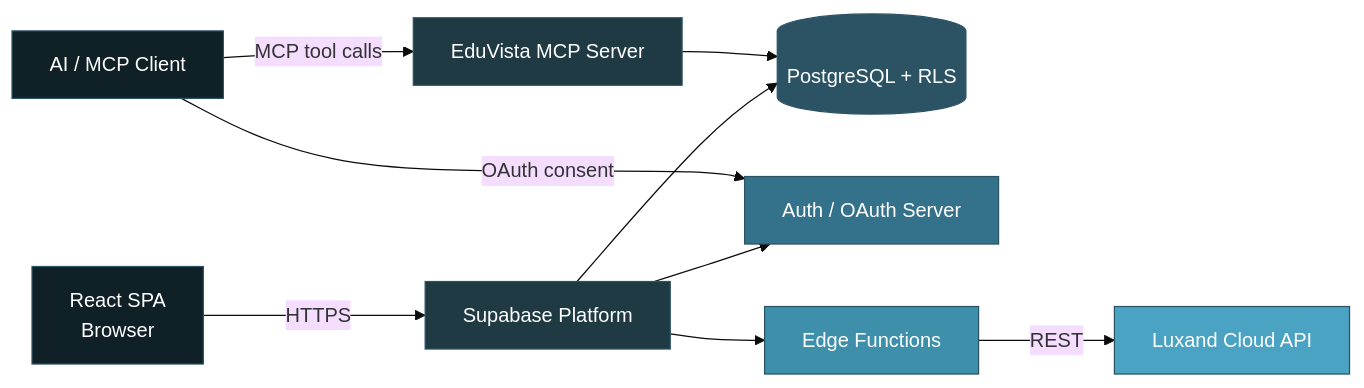
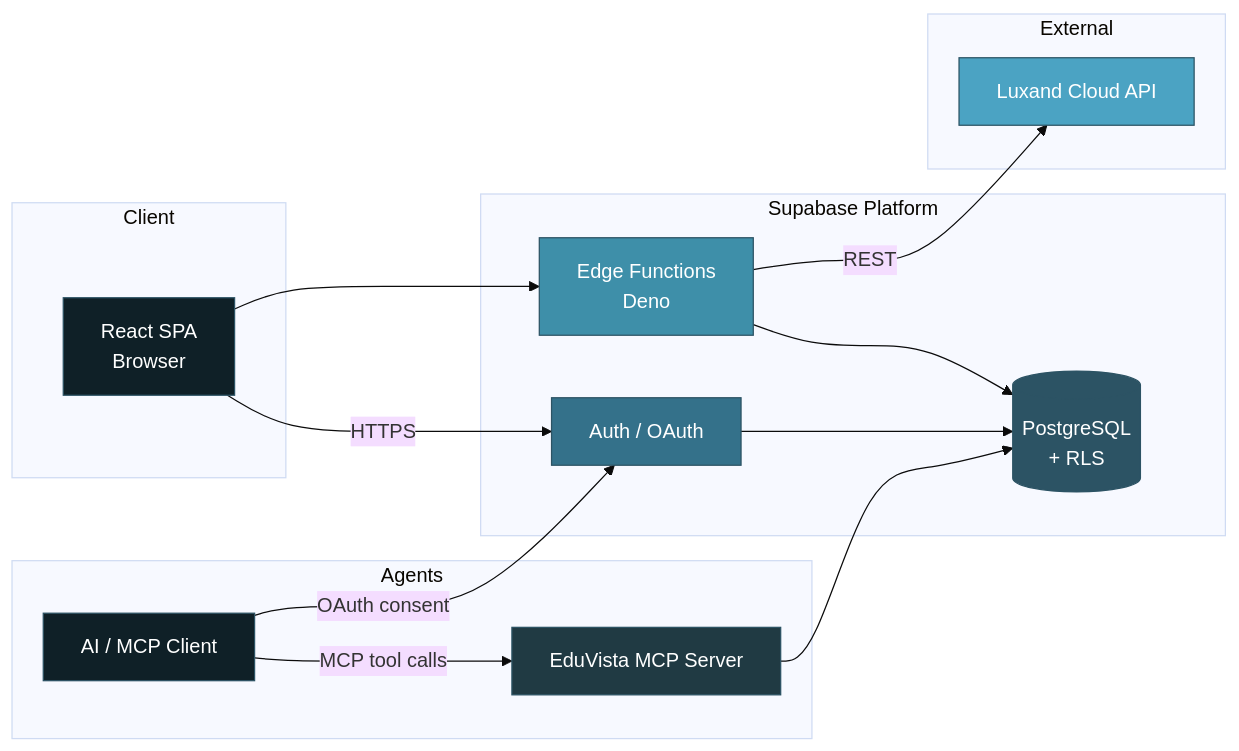
Before and after one commit to Riddhis2226/Edu-Vista-Attendance: the diagram in README.md, drawn with Mermaid (base theme). The commit also changed other lines of this file, not shown here.

````diff
--- a/README.md
+++ b/README.md
@@ -83,20 +86,38 @@
 ```mermaid
 flowchart LR
-    U[React SPA<br/>Browser] -->|HTTPS| SB[Supabase Platform]
-    SB --> DB[(PostgreSQL + RLS)]
-    SB --> AUTH[Auth / OAuth Server]
-    SB --> EDGE[Edge Functions]
-    EDGE -->|REST| LUX[Luxand Cloud API]
-    AGENT[AI / MCP Client] -->|OAuth consent| AUTH
-    AGENT -->|MCP tool calls| MCP[EduVista MCP Server]
+    subgraph Client
+        U[React SPA<br/>Browser]
+    end
+
+    subgraph Supabase Platform
+        AUTH[Auth / OAuth]
+        DB[(PostgreSQL<br/>+ RLS)]
+        EDGE[Edge Functions<br/>Deno]
+    end
+
+    subgraph External
+        LUX[Luxand Cloud API]
+    end
+
+    subgraph Agents
+        AGENT[AI / MCP Client]
+        MCP[EduVista MCP Server]
+    end
+
+    U -->|HTTPS| AUTH
+    U --> EDGE
+    EDGE -->|REST| LUX
+    EDGE --> DB
+    AUTH --> DB
+    AGENT -->|OAuth consent| AUTH
+    AGENT -->|MCP tool calls| MCP
     MCP --> DB
 
     style U fill:#0F2027,color:#fff,stroke:#2C5364
-    style SB fill:#203A43,color:#fff,stroke:#2C5364
+    style AUTH fill:#34718A,color:#fff,stroke:#2C5364
     style DB fill:#2C5364,color:#fff,stroke:#2C5364
-    style AUTH fill:#34718A,color:#fff,stroke:#2C5364
     style EDGE fill:#3E8FA9,color:#fff,stroke:#2C5364
     style LUX fill:#4BA3C3,color:#fff,stroke:#2C5364
     style AGENT fill:#0F2027,color:#fff,stroke:#2C5364
     style MCP fill:#203A43,color:#fff,stroke:#2C5364
 ```
````
